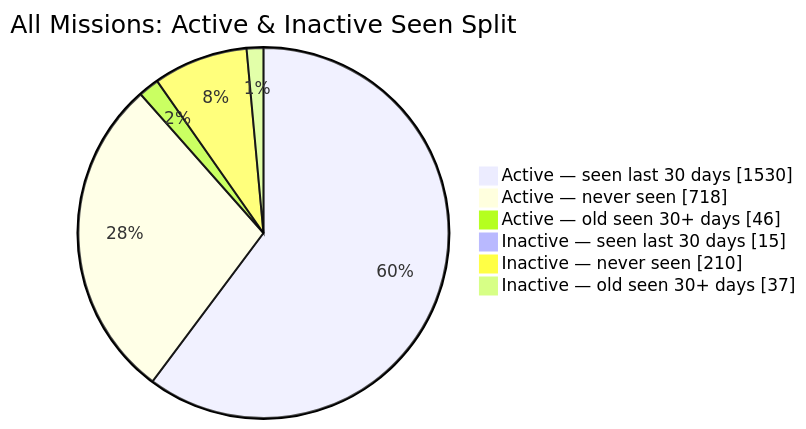
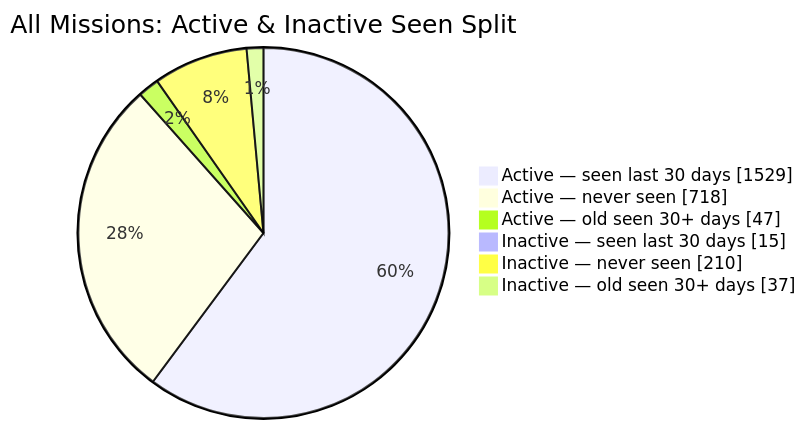
The second of 2 diagrams in README.md (MeldkamerspelGameTeam/active-missions), drawn with Mermaid before and after one commit. The commit also changed other lines of this file and 2 other files, not shown here.

````diff
--- a/README.md
+++ b/README.md
@@ -44,10 +44,10 @@
 ```mermaid
 pie showData
     title All Missions: Active & Inactive Seen Split
-    "Active — seen last 30 days" : 1530
+    "Active — seen last 30 days" : 1529
     "Active — never seen" : 718
-    "Active — old seen 30+ days" : 46
+    "Active — old seen 30+ days" : 47
     "Inactive — seen last 30 days" : 15
     "Inactive — never seen" : 210
     "Inactive — old seen 30+ days" : 37
 ```
````
